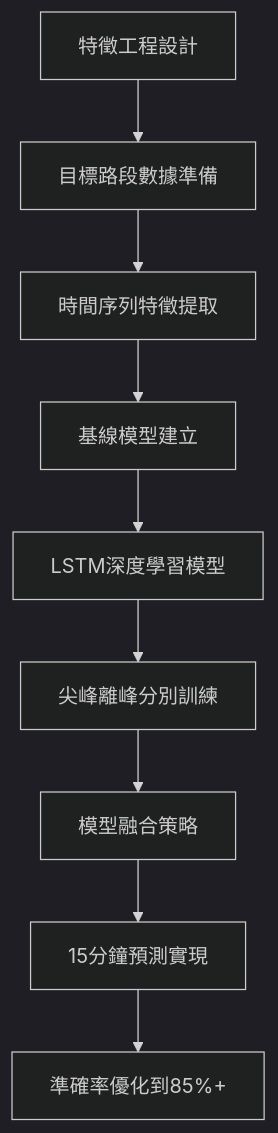
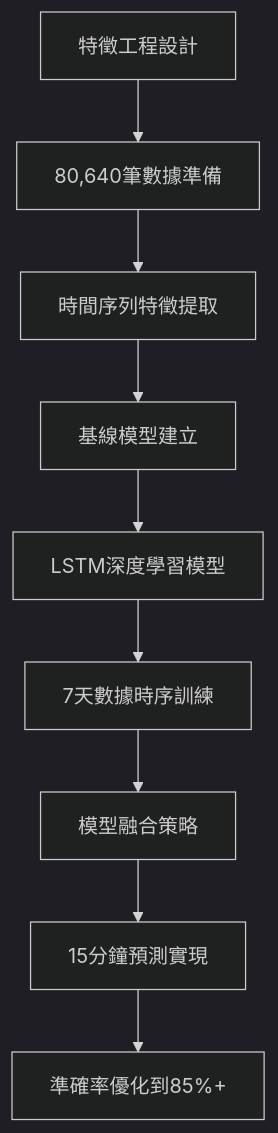
The sixth of 6 diagrams in README.md (qrere-Ya/traffic_project_roadmap), drawn with Mermaid (dark theme) before and after one commit. The commit also changed other lines of this file, not shown here.

````diff
--- a/README.md
+++ b/README.md
@@ -176,11 +217,11 @@
 ```mermaid
 graph TD
-    JJ[特徵工程設計] --> KK[目標路段數據準備]
+    JJ[特徵工程設計] --> KK[80,640筆數據準備]
     KK --> LL[時間序列特徵提取]
     LL --> MM[基線模型建立]
     MM --> NN[LSTM深度學習模型]
-    NN --> OO[尖峰離峰分別訓練]
+    NN --> OO[7天數據時序訓練]
     OO --> PP[模型融合策略]
     PP --> QQ[15分鐘預測實現]
     QQ --> RR[準確率優化到85%+]
 ```
````
